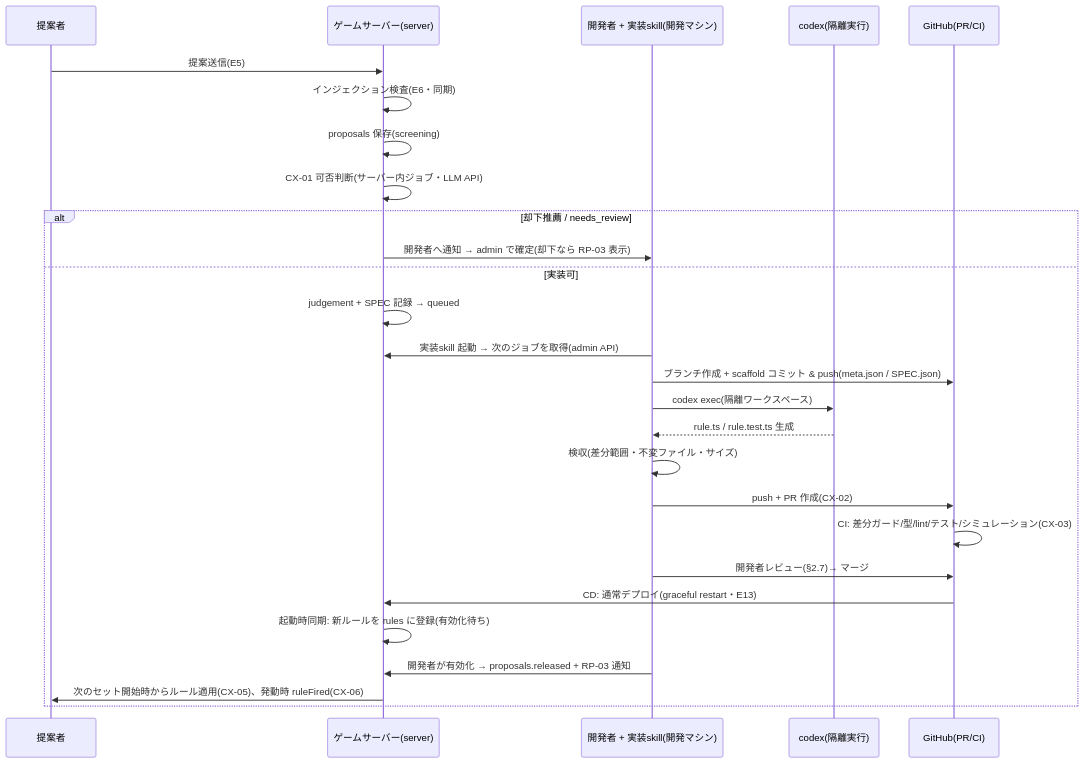
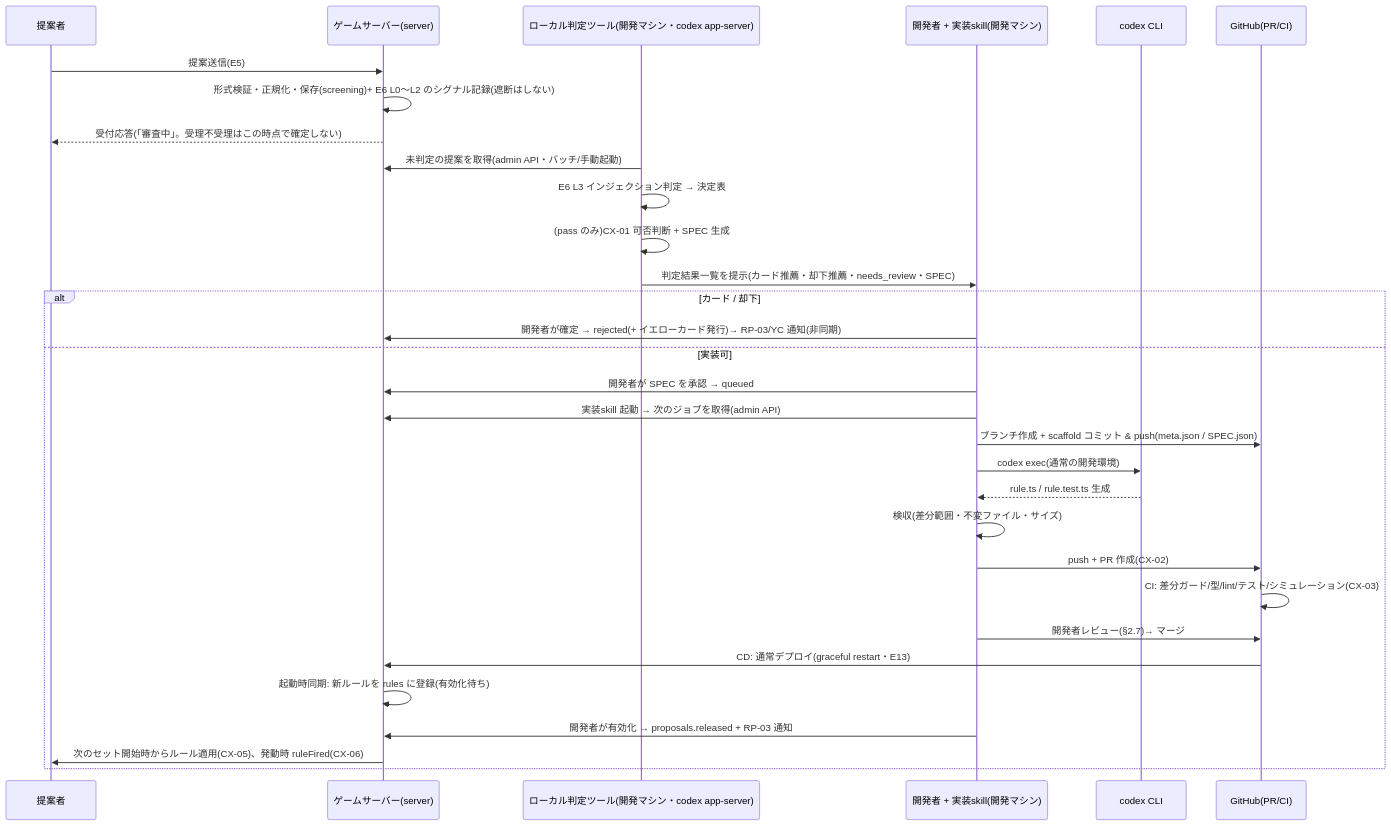
One commit to qsona/daifugo-together changed the diagram in docs/epics/E07-codex-pipeline.md. Above: the diagram before and after it, drawn with Mermaid. The commit also changed other lines of this file and 4 other files, not shown here.

````diff
--- a/docs/epics/E07-codex-pipeline.md
+++ b/docs/epics/E07-codex-pipeline.md
@@ -80,30 +81,34 @@
 ```mermaid
 sequenceDiagram
     participant U as 提案者
     participant S as ゲームサーバー(server)
+    participant J as ローカル判定ツール(開発マシン・codex app-server)
     participant D as 開発者 + 実装skill(開発マシン)
-    participant C as codex(隔離実行)
+    participant C as codex CLI
     participant G as GitHub(PR/CI)
 
     U->>S: 提案送信(E5)
-    S->>S: インジェクション検査(E6・同期)
-    S->>S: proposals 保存(screening)
-    S->>S: CX-01 可否判断(サーバー内ジョブ・LLM API)
-    alt 却下推薦 / needs_review
-        S->>D: 開発者へ通知 → admin で確定(却下なら RP-03 表示)
+    S->>S: 形式検証・正規化・保存(screening)+ E6 L0〜L2 のシグナル記録(遮断はしない)
+    S-->>U: 受付応答(「審査中」。受理不受理はこの時点で確定しない)
+    J->>S: 未判定の提案を取得(admin API・バッチ/手動起動)
+    J->>J: E6 L3 インジェクション判定 → 決定表
+    J->>J: (pass のみ)CX-01 可否判断 + SPEC 生成
+    J->>D: 判定結果一覧を提示(カード推薦・却下推薦・needs_review・SPEC)
+    alt カード / 却下
+        D->>S: 開発者が確定 → rejected(+ イエローカード発行)→ RP-03/YC 通知(非同期)
     else 実装可
-        S->>S: judgement + SPEC 記録 → queued
+        D->>S: 開発者が SPEC を承認 → queued
         D->>S: 実装skill 起動 → 次のジョブを取得(admin API)
         D->>G: ブランチ作成 + scaffold コミット & push(meta.json / SPEC.json)
-        D->>C: codex exec(隔離ワークスペース)
+        D->>C: codex exec(通常の開発環境)
         C-->>D: rule.ts / rule.test.ts 生成
         D->>D: 検収(差分範囲・不変ファイル・サイズ)
         D->>G: push + PR 作成(CX-02)
         G->>G: CI: 差分ガード/型/lint/テスト/シミュレーション(CX-03)
         D->>G: 開発者レビュー(§2.7)→ マージ
         G->>S: CD: 通常デプロイ(graceful restart・E13)
         S->>S: 起動時同期: 新ルールを rules に登録(有効化待ち)
         D->>S: 開発者が有効化 → proposals.released + RP-03 通知
         S->>U: 次のセット開始時からルール適用(CX-05)、発動時 ruleFired(CX-06)
     end
 ```
````
